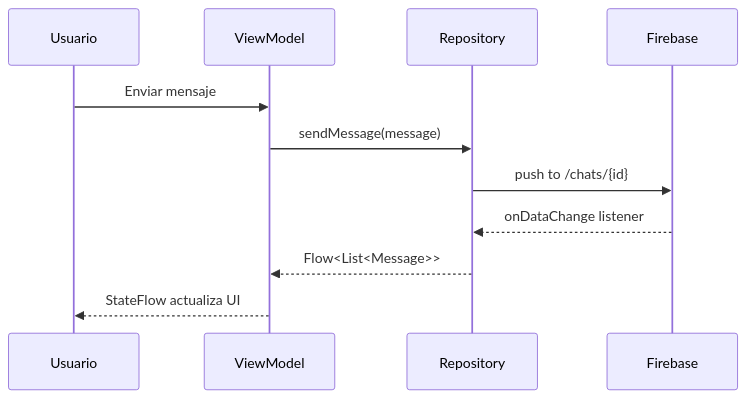
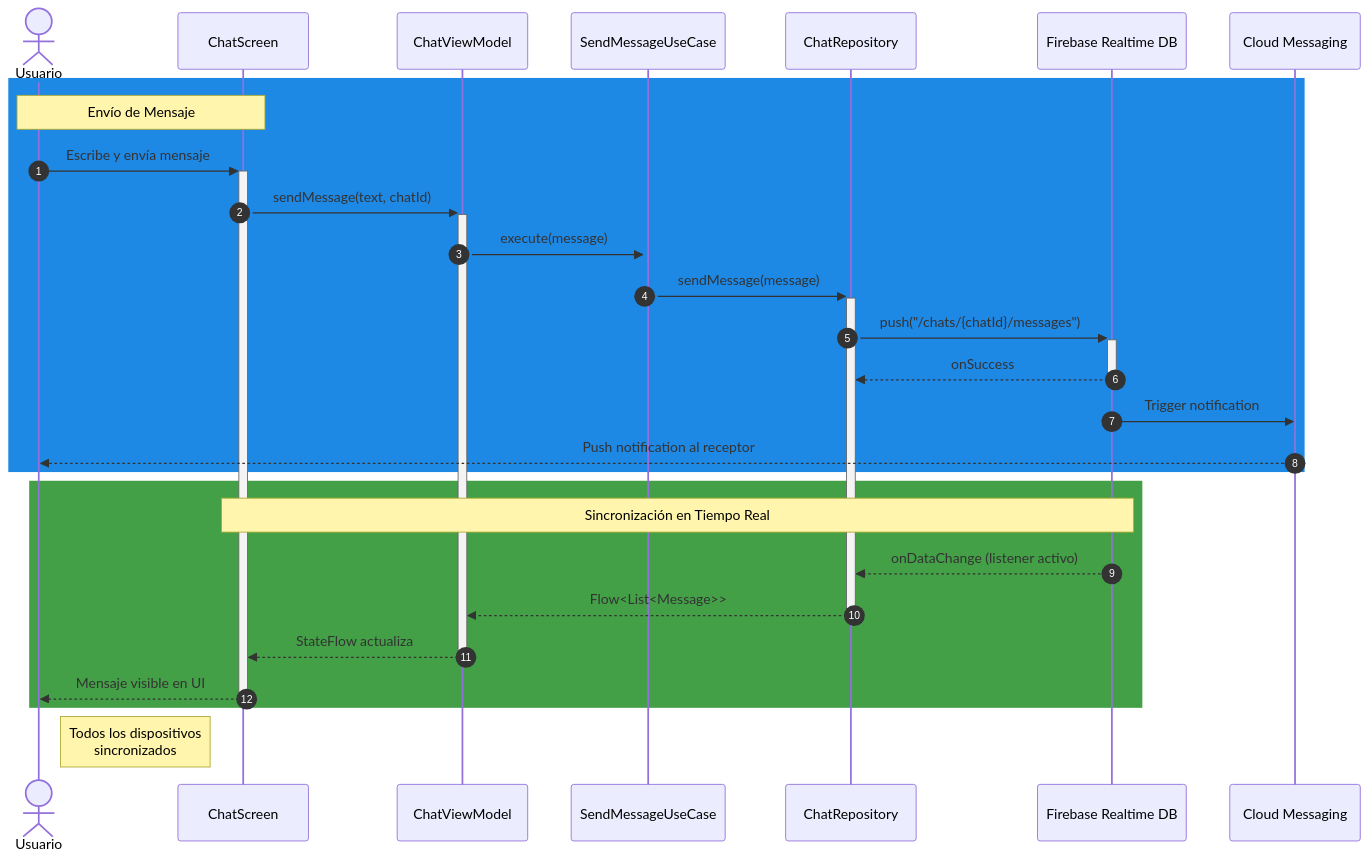
The third of 6 diagrams in README.md (Azelmods677/NexusChat), drawn with Mermaid before and after one commit. The commit also changed other lines of this file and 126 other files, not shown here.

````diff
--- a/README.md
+++ b/README.md
@@ -140,14 +205,33 @@
 ```mermaid
 sequenceDiagram
-    participant U as Usuario
-    participant VM as ViewModel
-    participant R as Repository
-    participant FB as Firebase
+    autonumber
+    actor Usuario
+    participant UI as ChatScreen
+    participant VM as ChatViewModel
+    participant UC as SendMessageUseCase
+    participant REPO as ChatRepository
+    participant FB as Firebase Realtime DB
+    participant FCM as Cloud Messaging
+
+    rect rgb(30, 136, 229)
+    Note over Usuario,UI: Envío de Mensaje
+    Usuario->>+UI: Escribe y envía mensaje
+    UI->>+VM: sendMessage(text, chatId)
+    VM->>+UC: execute(message)
+    UC->>+REPO: sendMessage(message)
+    REPO->>+FB: push("/chats/{chatId}/messages")
+    FB-->>-REPO: onSuccess
+    FB->>FCM: Trigger notification
+    FCM-->>Usuario: Push notification al receptor
+    end
     
-    U->>VM: Enviar mensaje
-    VM->>R: sendMessage(message)
-    R->>FB: push to /chats/{id}
-    FB-->>R: onDataChange listener
-    R-->>VM: Flow<List<Message>>
-    VM-->>U: StateFlow actualiza UI
+    rect rgb(67, 160, 71)
+    Note over FB,UI: Sincronización en Tiempo Real
+    FB-->>REPO: onDataChange (listener activo)
+    REPO-->>-VM: Flow<List<Message>>
+    VM-->>-UI: StateFlow actualiza
+    UI-->>-Usuario: Mensaje visible en UI
+    end
+    
+    Note right of Usuario: Todos los dispositivos<br/>sincronizados
 ```
````
